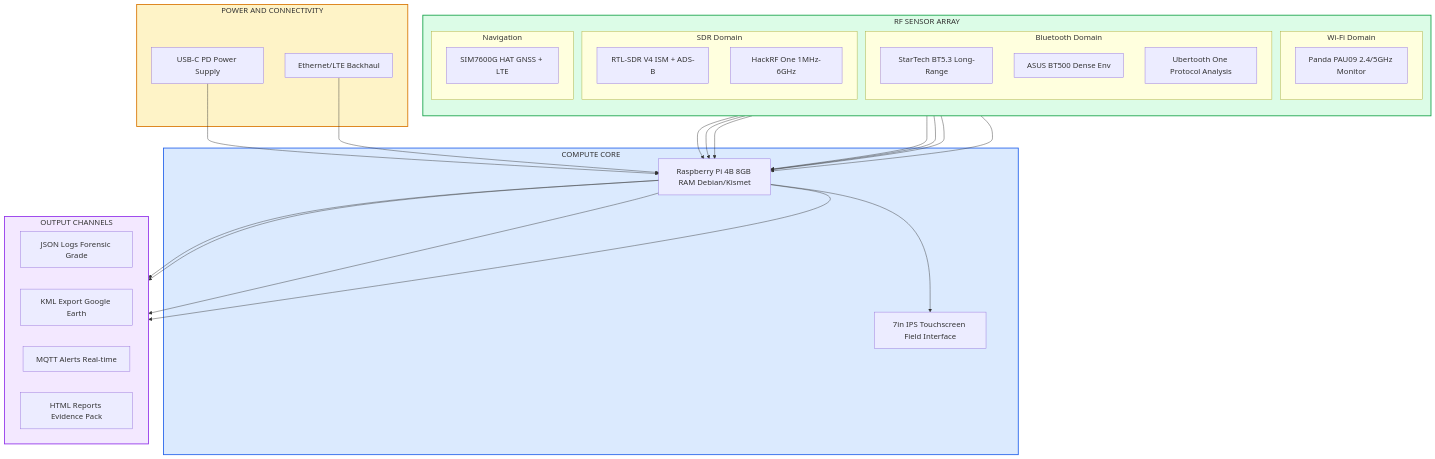
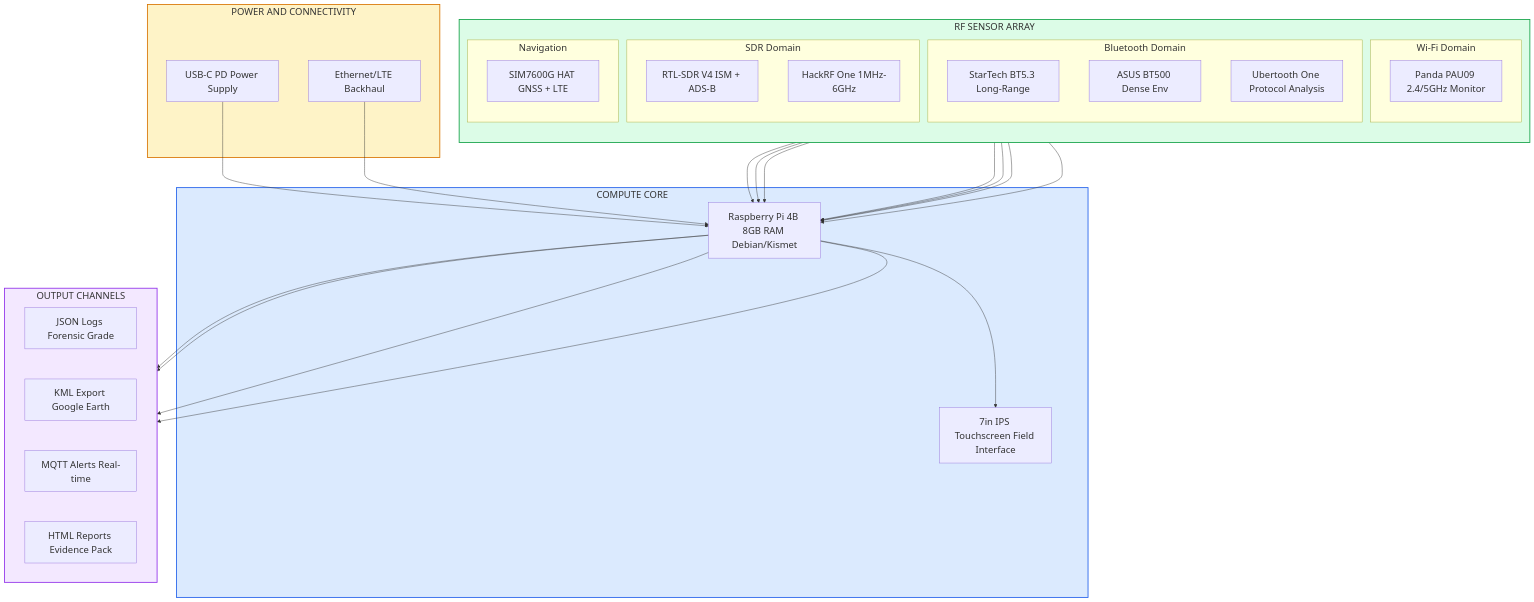
Before and after one commit to Pharns/portfolio: the first of 3 diagrams in docs/cybersecurity/tracelock.md, drawn with Mermaid.

Commit message:
Further enlarge TraceLock architecture diagram

````diff
--- a/docs/cybersecurity/tracelock.md
+++ b/docs/cybersecurity/tracelock.md
@@ -92,60 +92,60 @@
 ```mermaid
-%%{init: {"flowchart": {"nodeSpacing": 50, "rankSpacing": 50}, "themeVariables": {"fontSize": "18px"}}}%%
+%%{init: {"flowchart": {"nodeSpacing": 70, "rankSpacing": 70}, "themeVariables": {"fontSize": "22px"}}}%%
 flowchart TB
     subgraph POWER["POWER AND CONNECTIVITY"]
         PWR["USB-C PD Power Supply"]
         ETH["Ethernet/LTE Backhaul"]
     end
 
     subgraph COMPUTE["COMPUTE CORE"]
         PI["Raspberry Pi 4B 8GB RAM Debian/Kismet"]
         DSP["7in IPS Touchscreen Field Interface"]
     end
 
     subgraph RF_SENSORS["RF SENSOR ARRAY"]
         direction TB
         subgraph WIFI["Wi-Fi Domain"]
             PANDA["Panda PAU09 2.4/5GHz Monitor"]
         end
         subgraph BLE["Bluetooth Domain"]
             BT1["StarTech BT5.3 Long-Range"]
             BT2["ASUS BT500 Dense Env"]
             UBT["Ubertooth One Protocol Analysis"]
         end
         subgraph SDR["SDR Domain"]
             RTL["RTL-SDR V4 ISM + ADS-B"]
             HRF["HackRF One 1MHz-6GHz"]
         end
         subgraph NAV["Navigation"]
             GPS["SIM7600G HAT GNSS + LTE"]
         end
     end
 
     subgraph OUTPUT["OUTPUT CHANNELS"]
         direction LR
         LOG["JSON Logs Forensic Grade"]
         KML["KML Export Google Earth"]
         MQTT["MQTT Alerts Real-time"]
         RPT["HTML Reports Evidence Pack"]
     end
 
     PWR --> PI
     ETH --> PI
     PI --> DSP
     PANDA --> PI
     BT1 --> PI
     BT2 --> PI
     UBT --> PI
     RTL --> PI
     HRF --> PI
     GPS --> PI
     PI --> LOG
     PI --> KML
     PI --> MQTT
     PI --> RPT
 
     style POWER fill:#fef3c7,stroke:#d97706,stroke-width:2px
     style COMPUTE fill:#dbeafe,stroke:#2563eb,stroke-width:2px
     style RF_SENSORS fill:#dcfce7,stroke:#16a34a,stroke-width:2px
     style OUTPUT fill:#f3e8ff,stroke:#9333ea,stroke-width:2px
 ```
````
